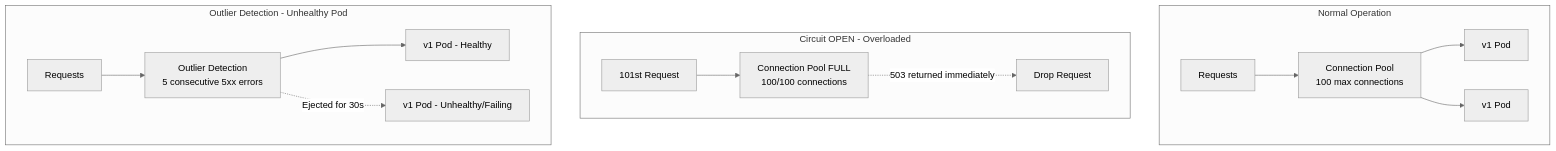
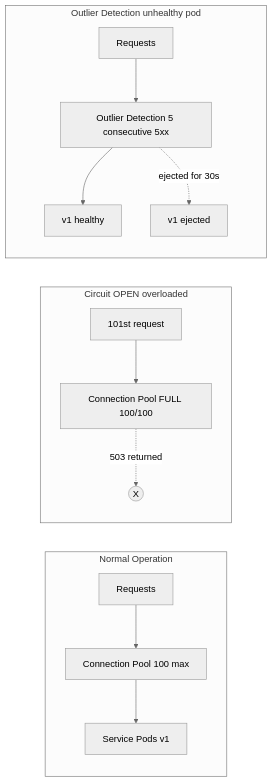
The third of 3 diagrams in src/content/docs/k8s/ica/module-1.2-istio-traffic-management.md (krisztiankoos/kubedojo), drawn with Mermaid (neutral theme) before and after one commit. The commit also changed other lines of this file, not shown here.

````diff
--- a/src/content/docs/k8s/ica/module-1.2-istio-traffic-management.md
+++ b/src/content/docs/k8s/ica/module-1.2-istio-traffic-management.md
@@ -726,19 +712,18 @@
 ```mermaid
-flowchart TD
-    subgraph Normal[Normal Operation]
-        R1[Requests] --> CP1[Connection Pool<br/>100 max connections]
-        CP1 --> P1[v1 Pod]
-        CP1 --> P2[v1 Pod]
+flowchart LR
+    subgraph Normal Operation
+        R1[Requests] --> C1[Connection Pool 100 max]
+        C1 --> S1[Service Pods v1]
     end
-
-    subgraph Open[Circuit OPEN - Overloaded]
-        R2[101st Request] --> CP2[Connection Pool FULL<br/>100/100 connections]
-        CP2 -.->|503 returned immediately| Fail[Drop Request]
+    
+    subgraph Circuit OPEN overloaded
+        R2[101st request] --> C2[Connection Pool FULL 100/100]
+        C2 -.->|503 returned| X1((X))
     end
-
-    subgraph Outlier[Outlier Detection - Unhealthy Pod]
-        R3[Requests] --> OD[Outlier Detection<br/>5 consecutive 5xx errors]
-        OD --> P3[v1 Pod - Healthy]
-        OD -.->|Ejected for 30s| P4[v1 Pod - Unhealthy/Failing]
+    
+    subgraph Outlier Detection unhealthy pod
+        R3[Requests] --> O1[Outlier Detection 5 consecutive 5xx]
+        O1 --> H1[v1 healthy]
+        O1 -.->|ejected for 30s| U1[v1 ejected]
     end
 ```
````
